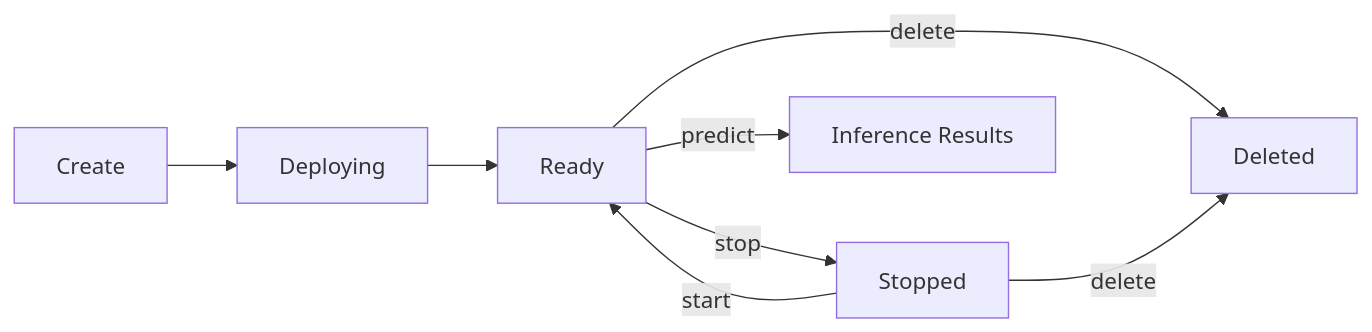
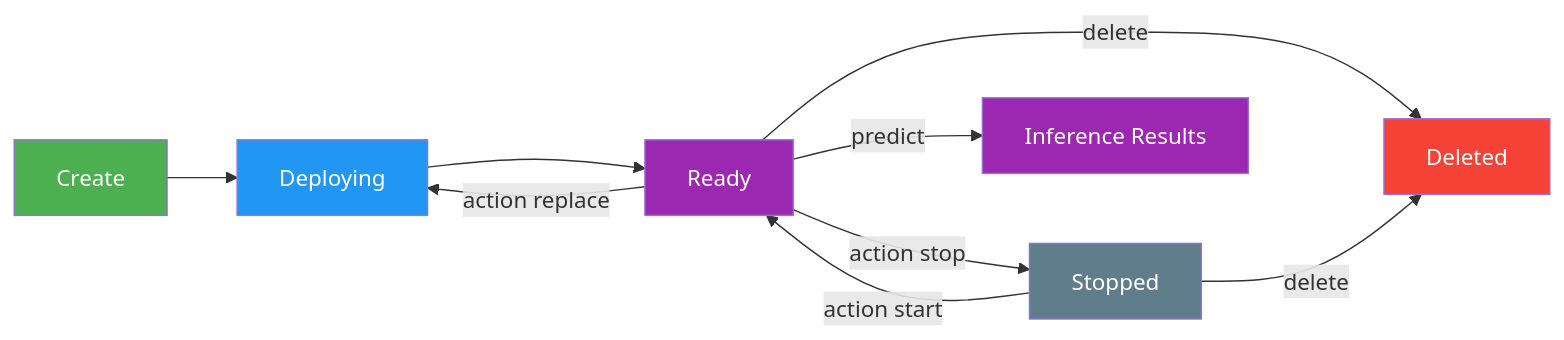
The fourth of 4 diagrams in ultralytics/docs/en/platform/api/index.md (KATe-AGI/Embodied_VG), drawn with Mermaid before and after one commit. The commit also changed other lines of this file and 980 other files, not shown here.

````diff
--- a/ultralytics/docs/en/platform/api/index.md
+++ b/ultralytics/docs/en/platform/api/index.md
@@ -983,10 +1684,17 @@
 ```mermaid
 graph LR
-    A[Create] --> B[Deploying]
-    B --> C[Ready]
-    C -->|stop| D[Stopped]
-    D -->|start| C
-    C -->|delete| E[Deleted]
+    A[Create]:::start --> B[Deploying]:::proc
+    B --> C[Ready]:::out
+    C -->|action stop| D[Stopped]:::extern
+    C -->|action replace| B
+    D -->|action start| C
+    C -->|delete| E[Deleted]:::error
     D -->|delete| E
-    C -->|predict| F[Inference Results]
+    C -->|predict| F[Inference Results]:::out
+
+    classDef start fill:#4CAF50,color:#fff
+    classDef proc fill:#2196F3,color:#fff
+    classDef out fill:#9C27B0,color:#fff
+    classDef error fill:#F44336,color:#fff
+    classDef extern fill:#607D8B,color:#fff
 ```
````
